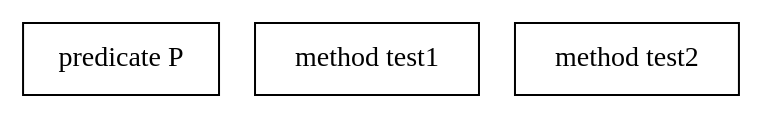
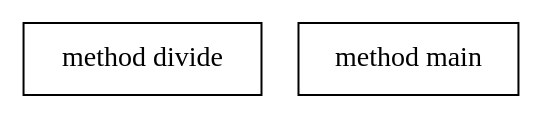
Before and after one commit to gradual-verification/silicon-gv: the diagram in dot_input.dot, drawn with Graphviz. The commit also changed 6 other files, not shown here.

```diff
--- a/dot_input.dot
+++ b/dot_input.dot
@@ -1,13 +1,10 @@
 digraph {
 node [shape=rectangle];
 
-    904388951 [label="predicate P"];
+    587655103 [label="method divide"];
 
 
-    1275145082 [label="method test1"];
-
-
-    1365746654 [label="method test2"];
+    818226473 [label="method main"];
 
 
 }
```
